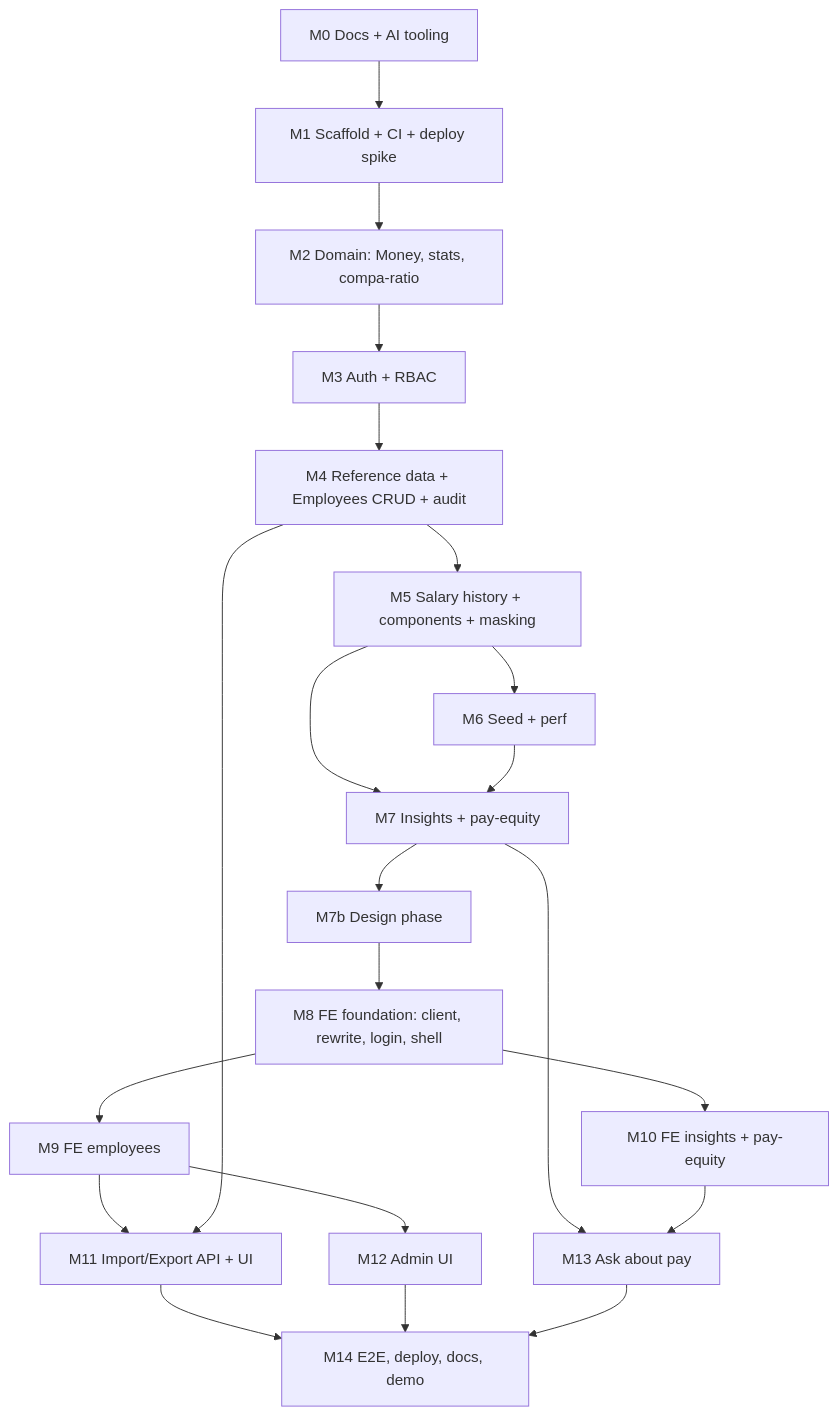
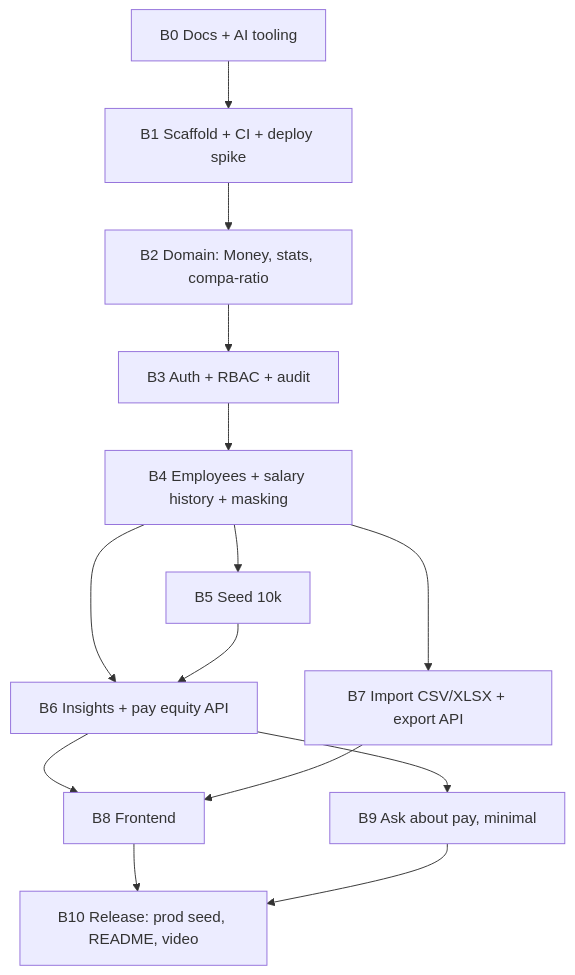
Before and after one commit to Mugunthanbvn/salary-management: the diagram in docs/18-implementation-plan.md, drawn with Mermaid. The commit also changed other lines of this file and 26 other files, not shown here.

````diff
--- a/docs/18-implementation-plan.md
+++ b/docs/18-implementation-plan.md
@@ -22,23 +22,16 @@
 ```mermaid
 flowchart TD
-    M0[M0 Docs + AI tooling] --> M1[M1 Scaffold + CI + deploy spike]
-    M1 --> M2[M2 Domain: Money, stats, compa-ratio]
-    M2 --> M3[M3 Auth + RBAC]
-    M3 --> M4[M4 Reference data + Employees CRUD + audit]
-    M4 --> M5[M5 Salary history + components + masking]
-    M5 --> M6[M6 Seed + perf]
-    M5 --> M7[M7 Insights + pay-equity]
-    M6 --> M7
-    M7 --> M7b[M7b Design phase]
-    M7b --> M8[M8 FE foundation: client, rewrite, login, shell]
-    M8 --> M9[M9 FE employees]
-    M8 --> M10[M10 FE insights + pay-equity]
-    M9 --> M11[M11 Import/Export API + UI]
-    M4 --> M11
-    M9 --> M12[M12 Admin UI]
-    M7 --> M13[M13 Ask about pay]
-    M10 --> M13
-    M11 --> M14[M14 E2E, deploy, docs, demo]
-    M12 --> M14
-    M13 --> M14
+    B0[B0 Docs + AI tooling] --> B1[B1 Scaffold + CI + deploy spike]
+    B1 --> B2[B2 Domain: Money, stats, compa-ratio]
+    B2 --> B3[B3 Auth + RBAC + audit]
+    B3 --> B4[B4 Employees + salary history + masking]
+    B4 --> B5[B5 Seed 10k]
+    B4 --> B6[B6 Insights + pay equity API]
+    B5 --> B6
+    B4 --> B7[B7 Import CSV/XLSX + export API]
+    B6 --> B8[B8 Frontend]
+    B7 --> B8
+    B6 --> B9[B9 Ask about pay, minimal]
+    B8 --> B10[B10 Release: prod seed, README, video]
+    B9 --> B10
 ```
````
